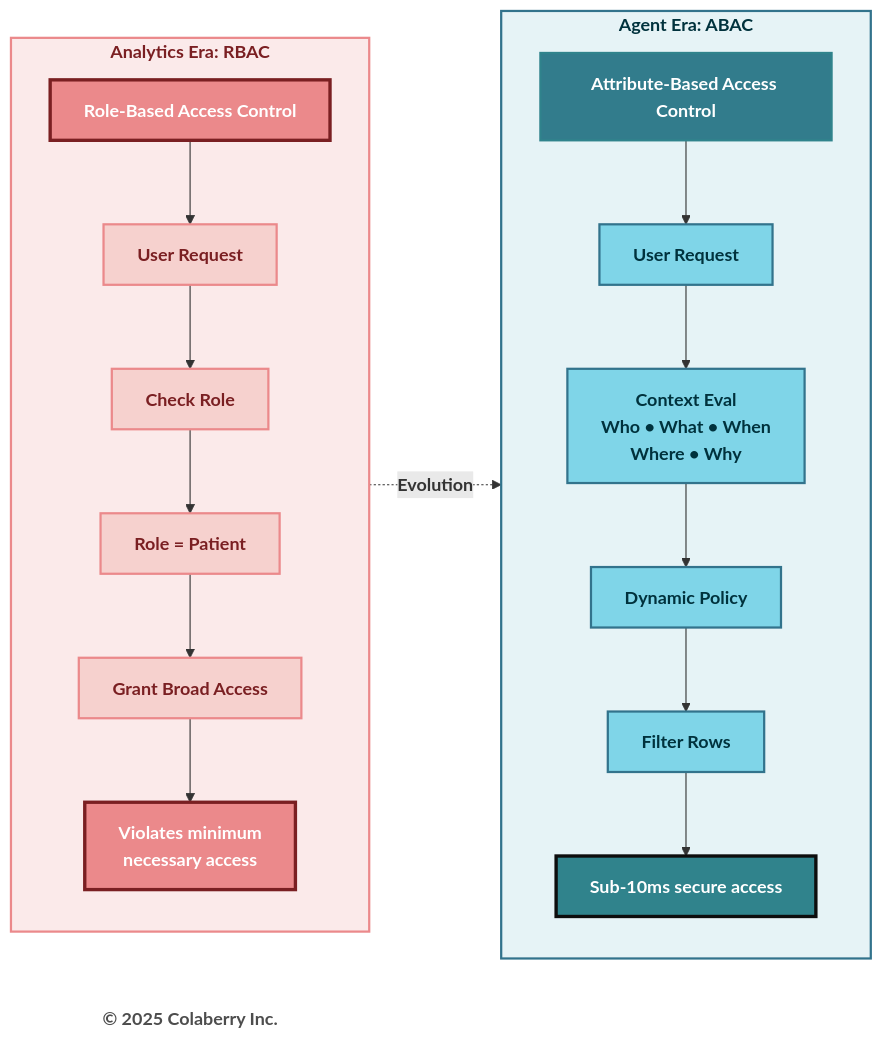
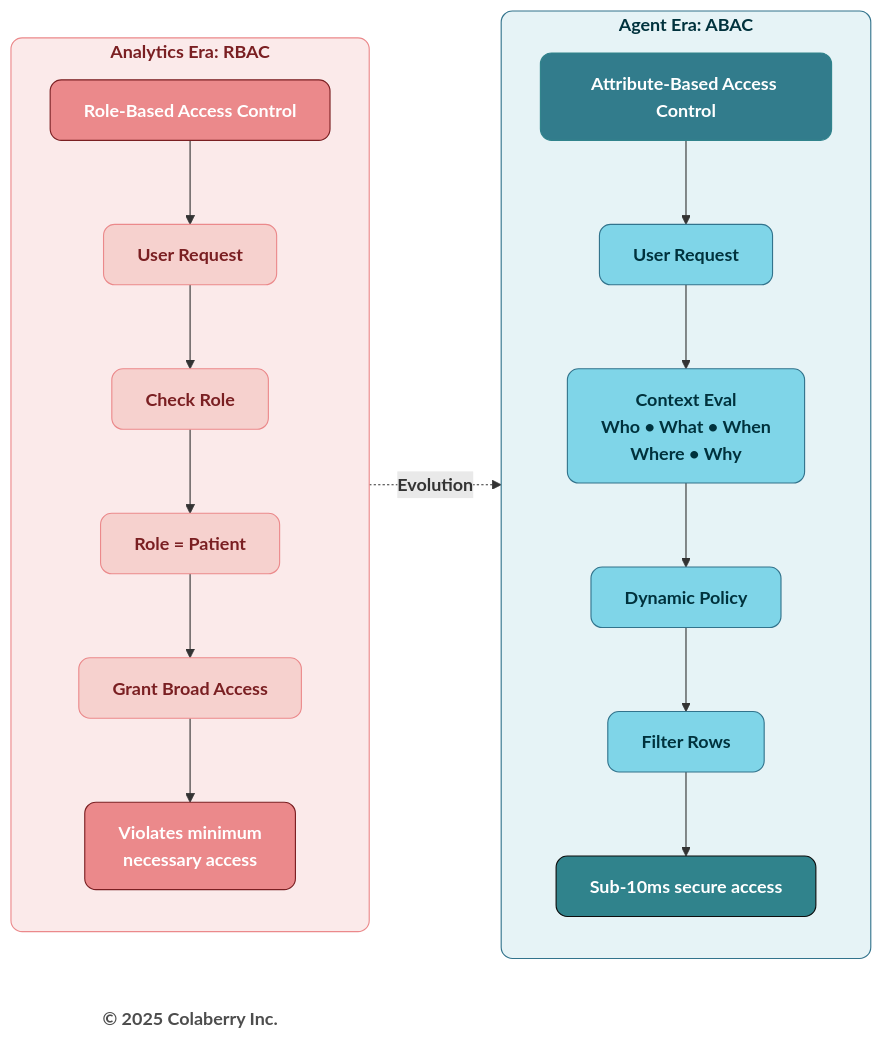
One commit to colaberry/trust-before-intelligence-book changed the fifth of 14 diagrams in manuscript/08_chapter_7_goals_framework.md. Above: the diagram before and after it, drawn with Mermaid. The commit also changed other lines of this file and 12 other files, not shown here.

````diff
--- a/manuscript/08_chapter_7_goals_framework.md
+++ b/manuscript/08_chapter_7_goals_framework.md
@@ -457,54 +457,54 @@
 ```mermaid
 graph LR
     subgraph OLD["<b>Analytics Era: RBAC</b>"]
         TITLE1["<b>Role-Based Access Control</b>"]
         R1["<b>User Request</b>"]
         R2["<b>Check Role</b>"]
         R3["<b>Role = Patient</b>"]
         R4["<b>Grant Broad Access</b>"]
         R5["<b>Violates minimum <br/>necessary access</b>"]
         
         TITLE1 --> R1
         R1 --> R2
         R2 --> R3
         R3 --> R4
         R4 --> R5
     end
     
     OLD -.->|<b>Evolution</b>| NEW
     
     subgraph NEW["<b>Agent Era: ABAC</b>"]
         TITLE2["<b>Attribute-Based Access Control</b>"]
         A1["<b>User Request</b>"]
         A2["<b>Context Eval</b><br/><b>Who • What • When <br/> Where • Why</b>"]
         A3["<b>Dynamic Policy</b>"]
         A4["<b>Filter Rows</b>"]
         A5["<b>Sub-10ms secure access</b>"]
         
         TITLE2 --> A1
         A1 --> A2
         A2 --> A3
         A3 --> A4
         A4 --> A5
     end
     
-    style TITLE1 fill:#EB898B,color:#ffffff,stroke:#7A1F22,stroke-width:3px
-    style R1 fill:#F6D1CE,stroke:#EB898B,stroke-width:2px,color:#7A1F22
-    style R2 fill:#F6D1CE,stroke:#EB898B,stroke-width:2px,color:#7A1F22
-    style R3 fill:#F6D1CE,stroke:#EB898B,stroke-width:2px,color:#7A1F22
-    style R4 fill:#F6D1CE,stroke:#EB898B,stroke-width:2px,color:#7A1F22
-    style R5 fill:#EB898B,color:#ffffff,stroke:#7A1F22,stroke-width:3px
+    style TITLE1 fill:#EB898B,color:#ffffff,stroke:#7A1F22,stroke-width:1px,rx:10,ry:10
+    style R1 fill:#F6D1CE,stroke:#EB898B,stroke-width:1px,color:#7A1F22,rx:10,ry:10
+    style R2 fill:#F6D1CE,stroke:#EB898B,stroke-width:1px,color:#7A1F22,rx:10,ry:10
+    style R3 fill:#F6D1CE,stroke:#EB898B,stroke-width:1px,color:#7A1F22,rx:10,ry:10
+    style R4 fill:#F6D1CE,stroke:#EB898B,stroke-width:1px,color:#7A1F22,rx:10,ry:10
+    style R5 fill:#EB898B,color:#ffffff,stroke:#7A1F22,stroke-width:1px,rx:10,ry:10
     
-    style TITLE2 fill:#327C8C,stroke:#30838C,stroke-width:2px,color:#ffffff
-    style A1 fill:#7FD5E8,stroke:#32738C,stroke-width:2px,color:#00323D
-    style A2 fill:#7FD5E8,stroke:#32738C,stroke-width:2px,color:#00323D
-    style A3 fill:#7FD5E8,stroke:#32738C,stroke-width:2px,color:#00323D
-    style A4 fill:#7FD5E8,stroke:#32738C,stroke-width:2px,color:#00323D
-    style A5 fill:#30838C,color:#ffffff,stroke:#0D0D0D,stroke-width:3px
+    style TITLE2 fill:#327C8C,stroke:#30838C,stroke-width:1px,color:#ffffff,rx:10,ry:10
+    style A1 fill:#7FD5E8,stroke:#32738C,stroke-width:1px,color:#00323D,rx:10,ry:10
+    style A2 fill:#7FD5E8,stroke:#32738C,stroke-width:1px,color:#00323D,rx:10,ry:10
+    style A3 fill:#7FD5E8,stroke:#32738C,stroke-width:1px,color:#00323D,rx:10,ry:10
+    style A4 fill:#7FD5E8,stroke:#32738C,stroke-width:1px,color:#00323D,rx:10,ry:10
+    style A5 fill:#30838C,color:#ffffff,stroke:#0D0D0D,stroke-width:1px,rx:10,ry:10
 
-    style OLD fill:#FBEAEA,stroke:#EB898B,stroke-width:2px,color:#7A1F22
-    style NEW fill:#E6F3F6,stroke:#32738C,stroke-width:2px,color:#00323D
+    style OLD fill:#FBEAEA,stroke:#EB898B,stroke-width:1px,color:#7A1F22,rx:10,ry:10
+    style NEW fill:#E6F3F6,stroke:#32738C,stroke-width:1px,color:#00323D,rx:10,ry:10
     
     Copyright["<b>© 2025 Colaberry Inc.</b>"]
-    style Copyright fill:#ffffff,stroke:none,color:#4d4d4d
+    style Copyright fill:none,stroke:none,color:#4d4d4d
 ```
````
